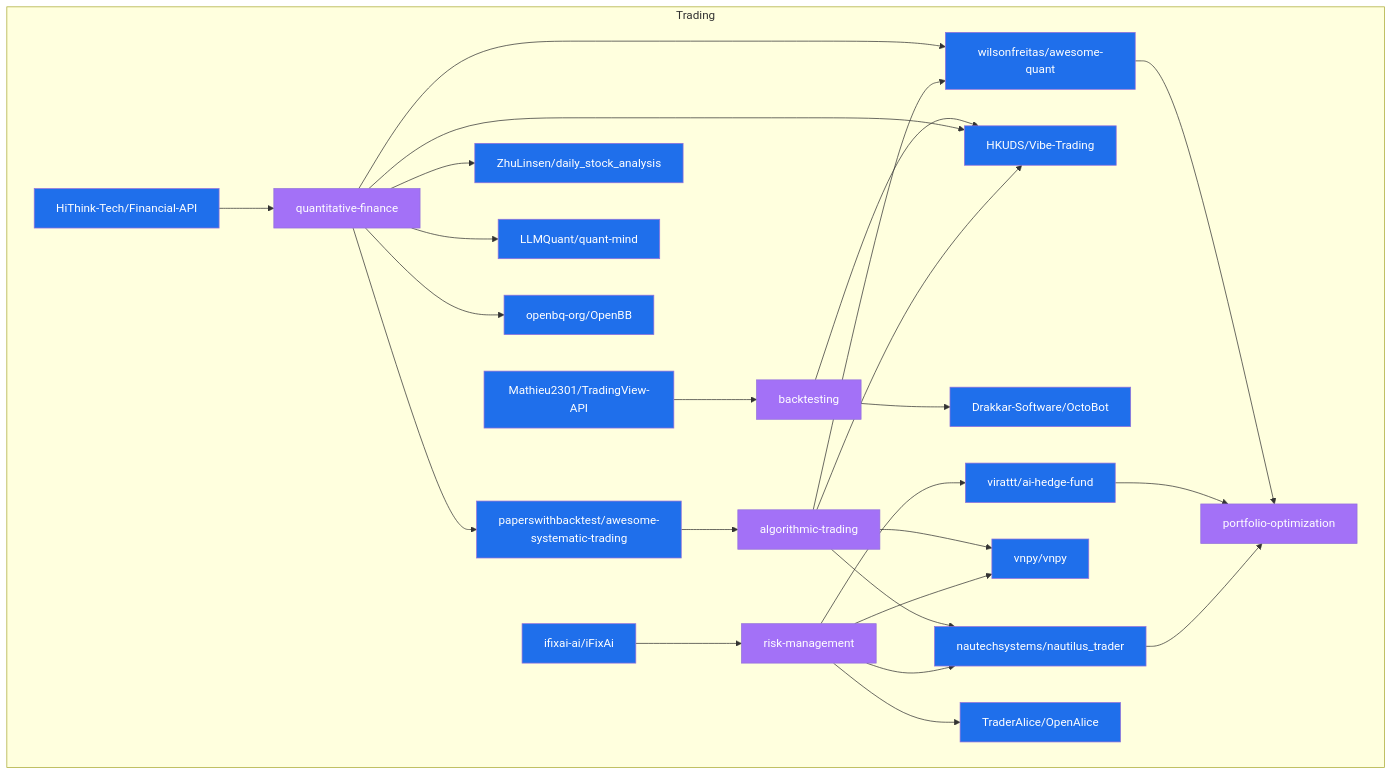
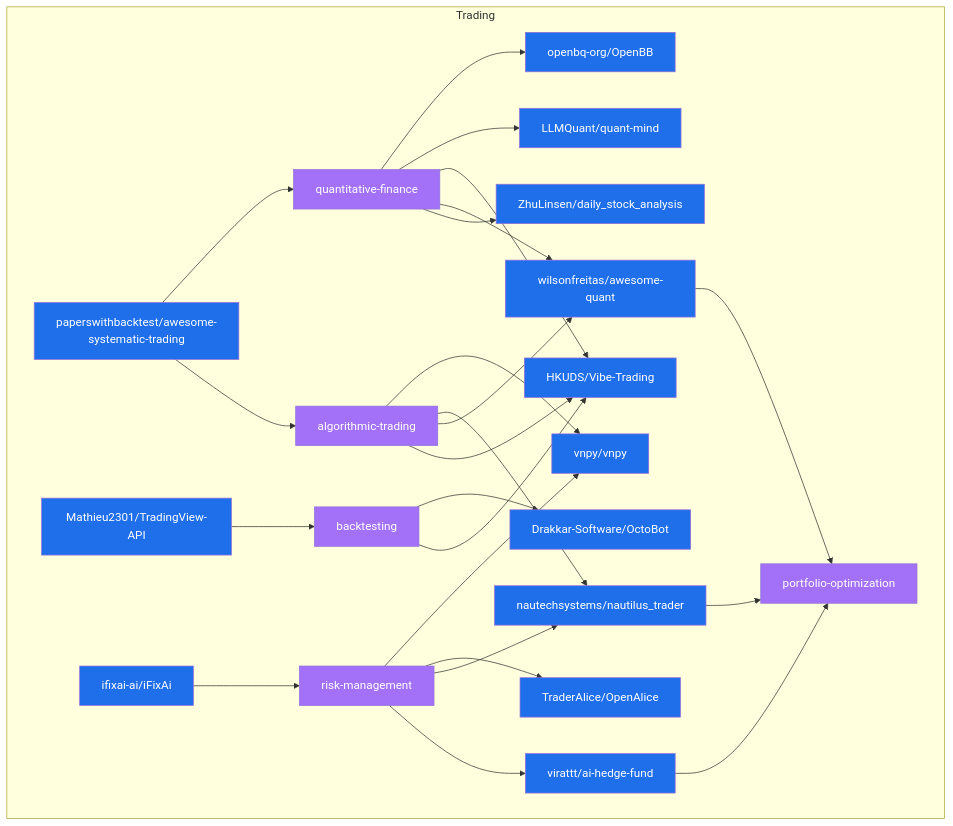
Before and after one commit to Meru143/star-graph: the diagram in data/star_graph_trading.mermaid, drawn with Mermaid. The commit also changed 15 other files, not shown here.

Commit message:
chore: weekly star graph update 2026-10-12

```diff
--- a/data/star_graph_trading.mermaid
+++ b/data/star_graph_trading.mermaid
@@ -1,50 +1,48 @@
 graph TD
   subgraph trading ["Trading"]
-    nautechsystems_nautilus_trader["nautechsystems/nautilus_trader"]:::repo
+    paperswithbacktest_awesome_systematic_trading["paperswithbacktest/awesome-systematic-trading"]:::repo
+    TraderAlice_OpenAlice["TraderAlice/OpenAlice"]:::repo
+    Mathieu2301_TradingView_API["Mathieu2301/TradingView-API"]:::repo
+    vnpy_vnpy["vnpy/vnpy"]:::repo
+    risk_management["risk-management"]:::topic
+    openbq_org_OpenBB["openbq-org/OpenBB"]:::repo
     LLMQuant_quant_mind["LLMQuant/quant-mind"]:::repo
     algorithmic_trading["algorithmic-trading"]:::topic
-    risk_management["risk-management"]:::topic
+    ifixai_ai_iFixAi["ifixai-ai/iFixAi"]:::repo
     quantitative_finance["quantitative-finance"]:::topic
+    backtesting["backtesting"]:::topic
+    Drakkar_Software_OctoBot["Drakkar-Software/OctoBot"]:::repo
+    virattt_ai_hedge_fund["virattt/ai-hedge-fund"]:::repo
+    ZhuLinsen_daily_stock_analysis["ZhuLinsen/daily_stock_analysis"]:::repo
+    portfolio_optimization["portfolio-optimization"]:::topic
+    wilsonfreitas_awesome_quant["wilsonfreitas/awesome-quant"]:::repo
     HKUDS_Vibe_Trading["HKUDS/Vibe-Trading"]:::repo
-    portfolio_optimization["portfolio-optimization"]:::topic
-    HiThink_Tech_Financial_API["HiThink-Tech/Financial-API"]:::repo
-    backtesting["backtesting"]:::topic
-    TraderAlice_OpenAlice["TraderAlice/OpenAlice"]:::repo
-    Mathieu2301_TradingView_API["Mathieu2301/TradingView-API"]:::repo
-    ifixai_ai_iFixAi["ifixai-ai/iFixAi"]:::repo
-    virattt_ai_hedge_fund["virattt/ai-hedge-fund"]:::repo
-    vnpy_vnpy["vnpy/vnpy"]:::repo
-    ZhuLinsen_daily_stock_analysis["ZhuLinsen/daily_stock_analysis"]:::repo
-    paperswithbacktest_awesome_systematic_trading["paperswithbacktest/awesome-systematic-trading"]:::repo
-    wilsonfreitas_awesome_quant["wilsonfreitas/awesome-quant"]:::repo
-    Drakkar_Software_OctoBot["Drakkar-Software/OctoBot"]:::repo
-    openbq_org_OpenBB["openbq-org/OpenBB"]:::repo
+    nautechsystems_nautilus_trader["nautechsystems/nautilus_trader"]:::repo
   end
   Mathieu2301_TradingView_API --> backtesting
   backtesting --> HKUDS_Vibe_Trading
   backtesting --> Drakkar_Software_OctoBot
-  HiThink_Tech_Financial_API --> quantitative_finance
-  quantitative_finance --> paperswithbacktest_awesome_systematic_trading
+  paperswithbacktest_awesome_systematic_trading --> algorithmic_trading
+  paperswithbacktest_awesome_systematic_trading --> quantitative_finance
+  algorithmic_trading --> HKUDS_Vibe_Trading
+  algorithmic_trading --> wilsonfreitas_awesome_quant
+  algorithmic_trading --> nautechsystems_nautilus_trader
+  algorithmic_trading --> vnpy_vnpy
   quantitative_finance --> ZhuLinsen_daily_stock_analysis
   quantitative_finance --> wilsonfreitas_awesome_quant
   quantitative_finance --> HKUDS_Vibe_Trading
   quantitative_finance --> LLMQuant_quant_mind
   quantitative_finance --> openbq_org_OpenBB
-  paperswithbacktest_awesome_systematic_trading --> algorithmic_trading
-  algorithmic_trading --> HKUDS_Vibe_Trading
-  algorithmic_trading --> wilsonfreitas_awesome_quant
-  algorithmic_trading --> nautechsystems_nautilus_trader
-  algorithmic_trading --> vnpy_vnpy
   ifixai_ai_iFixAi --> risk_management
   risk_management --> virattt_ai_hedge_fund
   risk_management --> nautechsystems_nautilus_trader
   risk_management --> TraderAlice_OpenAlice
   risk_management --> vnpy_vnpy
   wilsonfreitas_awesome_quant --> portfolio_optimization
   virattt_ai_hedge_fund --> portfolio_optimization
   nautechsystems_nautilus_trader --> portfolio_optimization
   classDef repo fill:#1f6feb,color:#fff;
   classDef topic fill:#a371f7,color:#fff;
   classDef technology fill:#3fb950,color:#fff;
   classDef use_case fill:#d29922,color:#fff;
   classDef architecture fill:#f85149,color:#fff;
```
